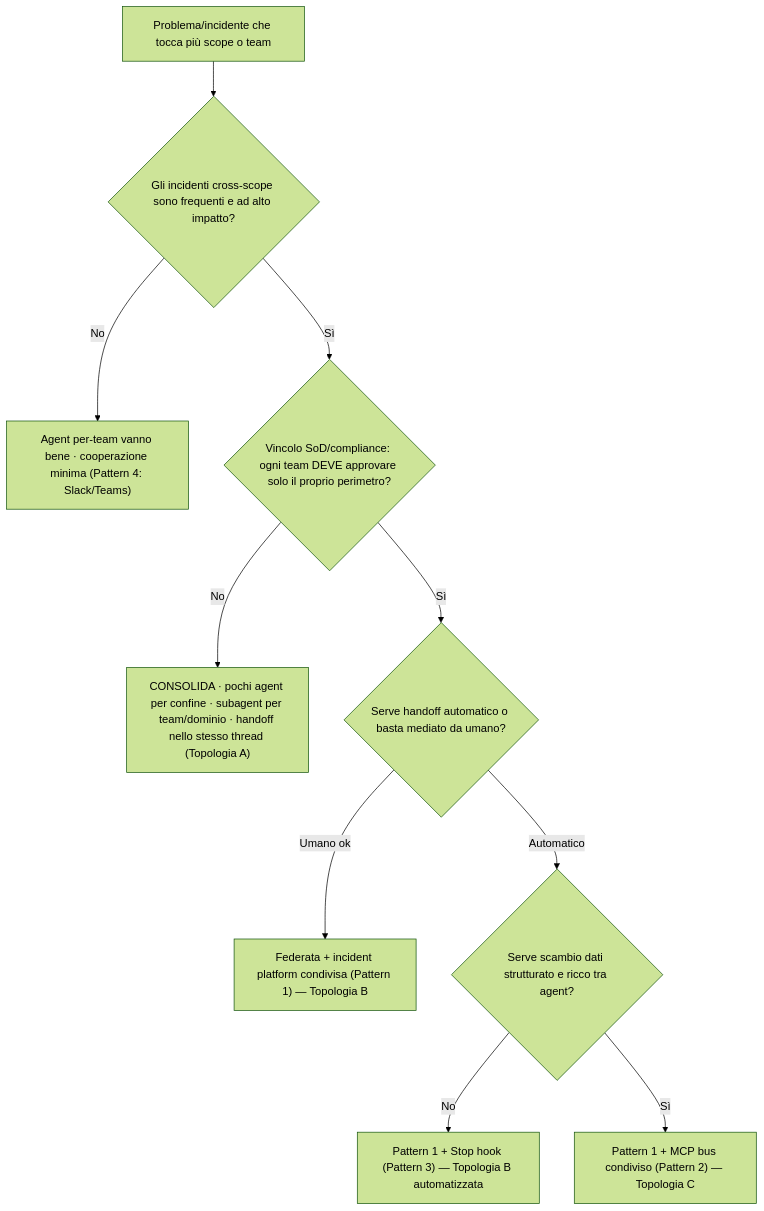
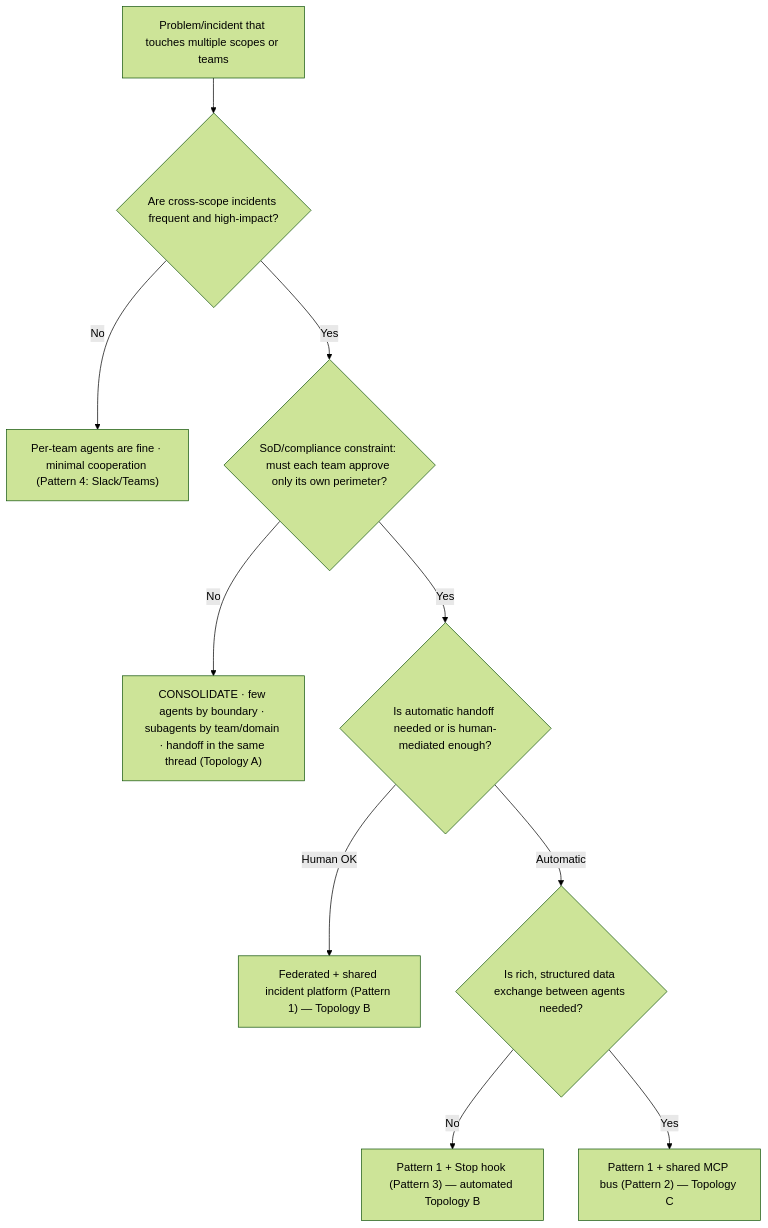
One commit to microsoft/frontier-sre-agent-rvas changed the eighth of 11 diagrams in Coach/Solutions/docs/azure-sre-agent/architectural-guide-lines/azure-sre-agent-fleet-architecture-guidelines.md. Above: the diagram before and after it, drawn with Mermaid (forest theme). The commit also changed other lines of this file and 2 other files, not shown here.

````diff
--- a/Coach/Solutions/docs/azure-sre-agent/architectural-guide-lines/azure-sre-agent-fleet-architecture-guidelines.md
+++ b/Coach/Solutions/docs/azure-sre-agent/architectural-guide-lines/azure-sre-agent-fleet-architecture-guidelines.md
@@ -873,12 +873,12 @@
 ```mermaid
 flowchart TD
-  A["Problema/incidente che tocca più scope o team"] --> Q1{"Gli incidenti cross-scope sono frequenti e ad alto impatto?"}
-  Q1 -->|No| P4["Agent per-team vanno bene · cooperazione minima (Pattern 4: Slack/Teams)"]
-  Q1 -->|Sì| Q2{"Vincolo SoD/compliance: ogni team DEVE approvare solo il proprio perimetro?"}
-  Q2 -->|No| CONS["CONSOLIDA · pochi agent per confine · subagent per team/dominio · handoff nello stesso thread (Topologia A)"]
-  Q2 -->|Sì| Q3{"Serve handoff automatico o basta mediato da umano?"}
-  Q3 -->|Umano ok| B1["Federata + incident platform condivisa (Pattern 1) — Topologia B"]
-  Q3 -->|Automatico| Q4{"Serve scambio dati strutturato e ricco tra agent?"}
-  Q4 -->|No| B2["Pattern 1 + Stop hook (Pattern 3) — Topologia B automatizzata"]
-  Q4 -->|Sì| C1["Pattern 1 + MCP bus condiviso (Pattern 2) — Topologia C"]
+  A["Problem/incident that touches multiple scopes or teams"] --> Q1{"Are cross-scope incidents frequent and high-impact?"}
+  Q1 -->|No| P4["Per-team agents are fine · minimal cooperation (Pattern 4: Slack/Teams)"]
+  Q1 -->|Yes| Q2{"SoD/compliance constraint: must each team approve only its own perimeter?"}
+  Q2 -->|No| CONS["CONSOLIDATE · few agents by boundary · subagents by team/domain · handoff in the same thread (Topology A)"]
+  Q2 -->|Yes| Q3{"Is automatic handoff needed or is human-mediated enough?"}
+  Q3 -->|Human OK| B1["Federated + shared incident platform (Pattern 1) — Topology B"]
+  Q3 -->|Automatic| Q4{"Is rich, structured data exchange between agents needed?"}
+  Q4 -->|No| B2["Pattern 1 + Stop hook (Pattern 3) — automated Topology B"]
+  Q4 -->|Yes| C1["Pattern 1 + shared MCP bus (Pattern 2) — Topology C"]
 ```
````
